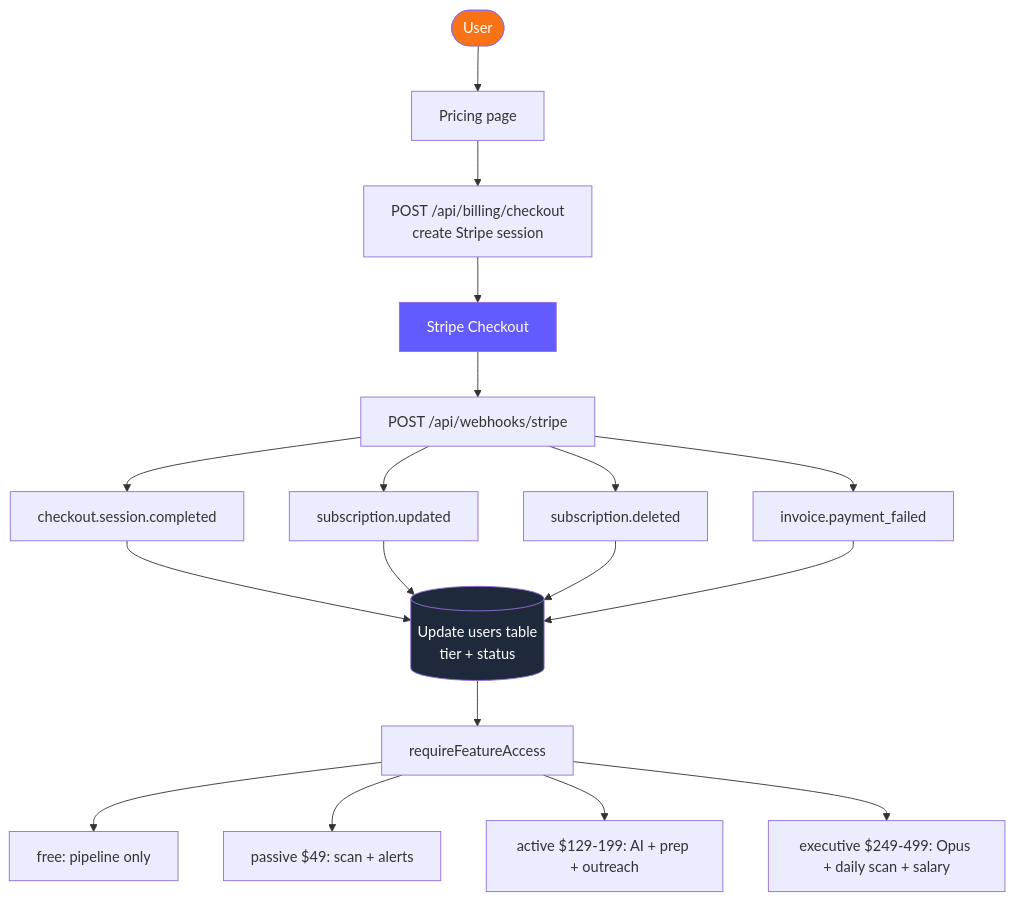
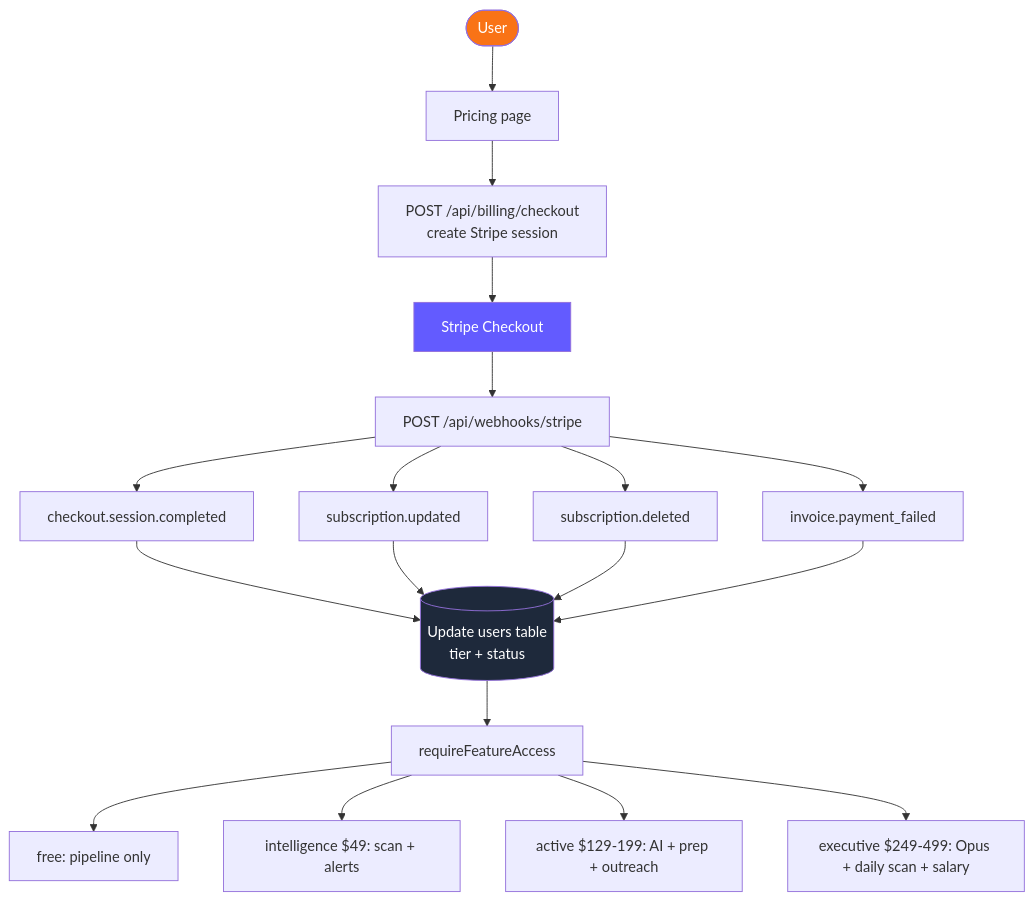
Before and after one commit to richrothschild/startingmonday: the diagram in docs/diagrams/revenue-billing.md, drawn with Mermaid. The commit also changed 77 other files, not shown here.

````diff
--- a/docs/diagrams/revenue-billing.md
+++ b/docs/diagrams/revenue-billing.md
@@ -9,24 +9,24 @@
 ```mermaid
 flowchart TD
     U(["User"]) --> PP["Pricing page"]
     PP --> CH["POST /api/billing/checkout<br/>create Stripe session"]
     CH --> ST["Stripe Checkout"]
     ST --> WH["POST /api/webhooks/stripe"]
     WH --> E1["checkout.session.completed"]
     WH --> E2["subscription.updated"]
     WH --> E3["subscription.deleted"]
     WH --> E4["invoice.payment_failed"]
     E1 --> DB[("Update users table<br/>tier + status")]
     E2 --> DB
     E3 --> DB
     E4 --> DB
     DB --> FG["requireFeatureAccess"]
     FG --> T1["free: pipeline only"]
-    FG --> T2["passive $49: scan + alerts"]
+    FG --> T2["intelligence $49: scan + alerts"]
     FG --> T3["active $129-199: AI + prep + outreach"]
     FG --> T4["executive $249-499: Opus + daily scan + salary"]
 
     style U fill:#f97316,color:#fff
     style ST fill:#635bff,color:#fff
     style DB fill:#1e293b,color:#fff
 ```
````
